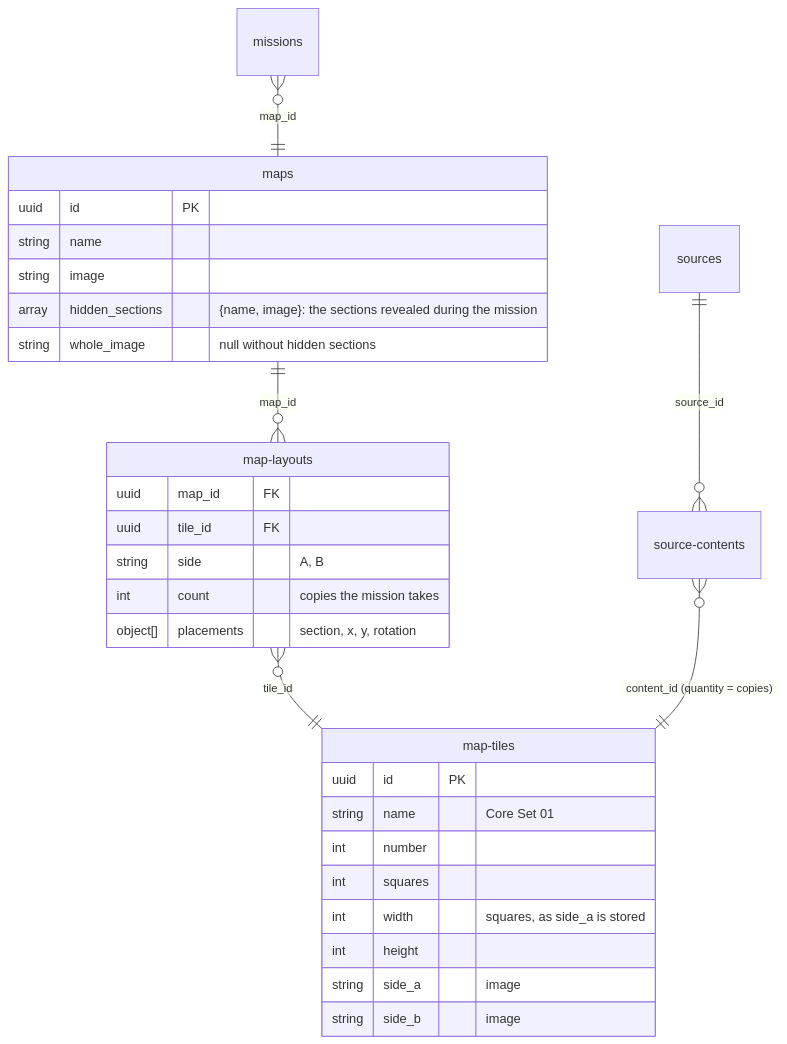
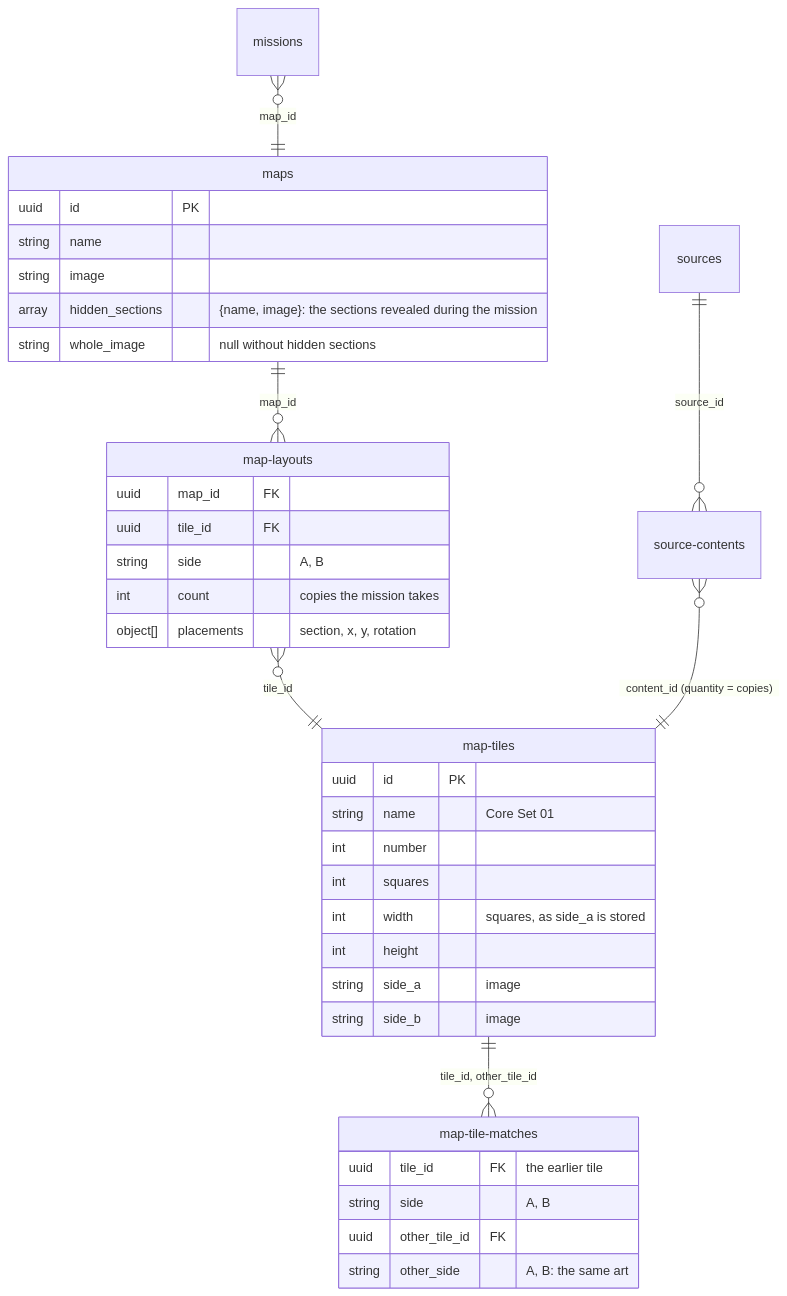
The seventh of 9 diagrams in docs/data-model.md (lvisintini/imperial-assault-data), drawn with Mermaid before and after one commit. The commit also changed other lines of this file and 13 other files, not shown here.

First line of the commit message:
map-tile-matches: interchangeable tile sides (same art but for the number pill)

````diff
--- a/docs/data-model.md
+++ b/docs/data-model.md
@@ -474,33 +483,40 @@
 ```mermaid
 erDiagram
     missions }o--|| maps : "map_id"
     maps ||--o{ map-layouts : "map_id"
     map-layouts }o--|| map-tiles : "tile_id"
+    map-tiles ||--o{ map-tile-matches : "tile_id, other_tile_id"
     sources ||--o{ source-contents : "source_id"
     source-contents }o--|| map-tiles : "content_id (quantity = copies)"
 
     maps {
         uuid id PK
         string name
         string image
         array hidden_sections "{name, image}: the sections revealed during the mission"
         string whole_image "null without hidden sections"
     }
     map-tiles {
         uuid id PK
         string name "Core Set 01"
         int number
         int squares
         int width "squares, as side_a is stored"
         int height
         string side_a "image"
         string side_b "image"
     }
     map-layouts {
         uuid map_id FK
         uuid tile_id FK
         string side "A, B"
         int count "copies the mission takes"
         object[] placements "section, x, y, rotation"
     }
+    map-tile-matches {
+        uuid tile_id FK "the earlier tile"
+        string side "A, B"
+        uuid other_tile_id FK
+        string other_side "A, B: the same art"
+    }
 ```
````
